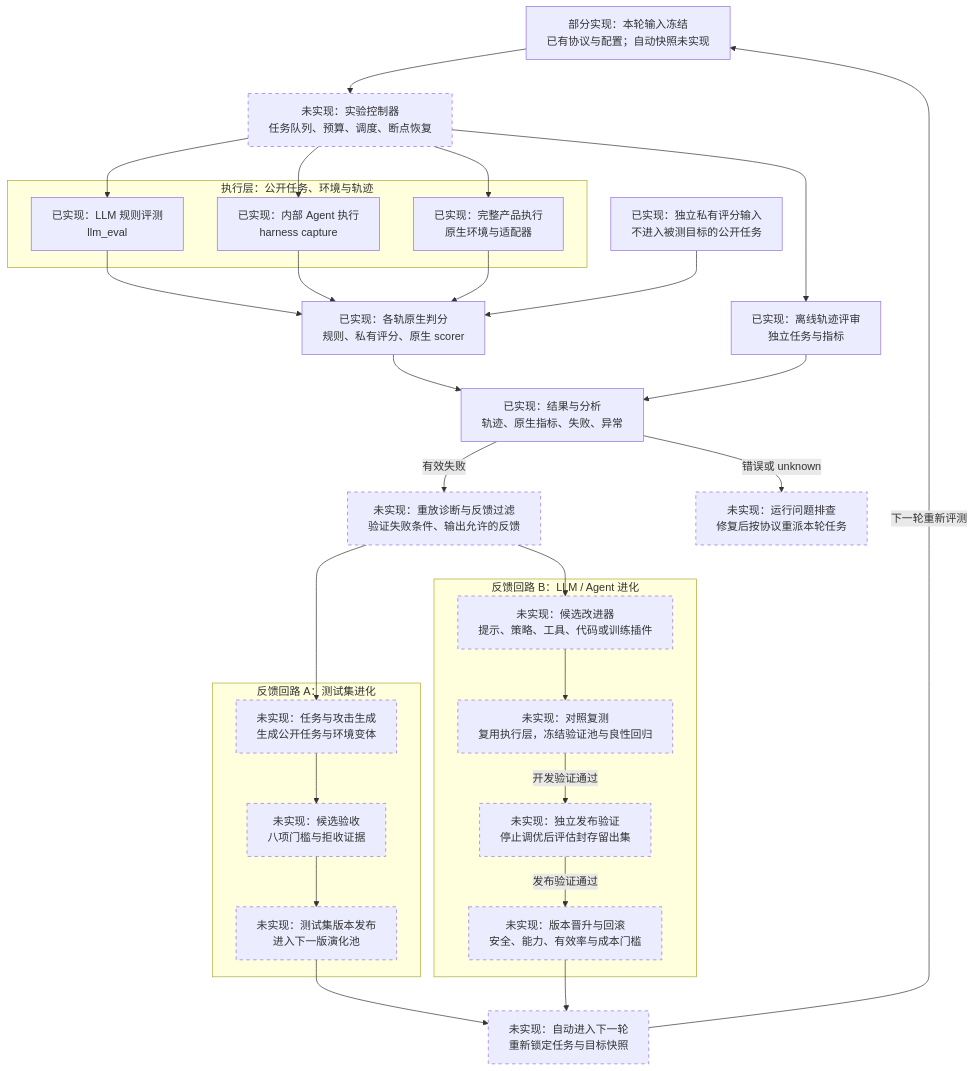
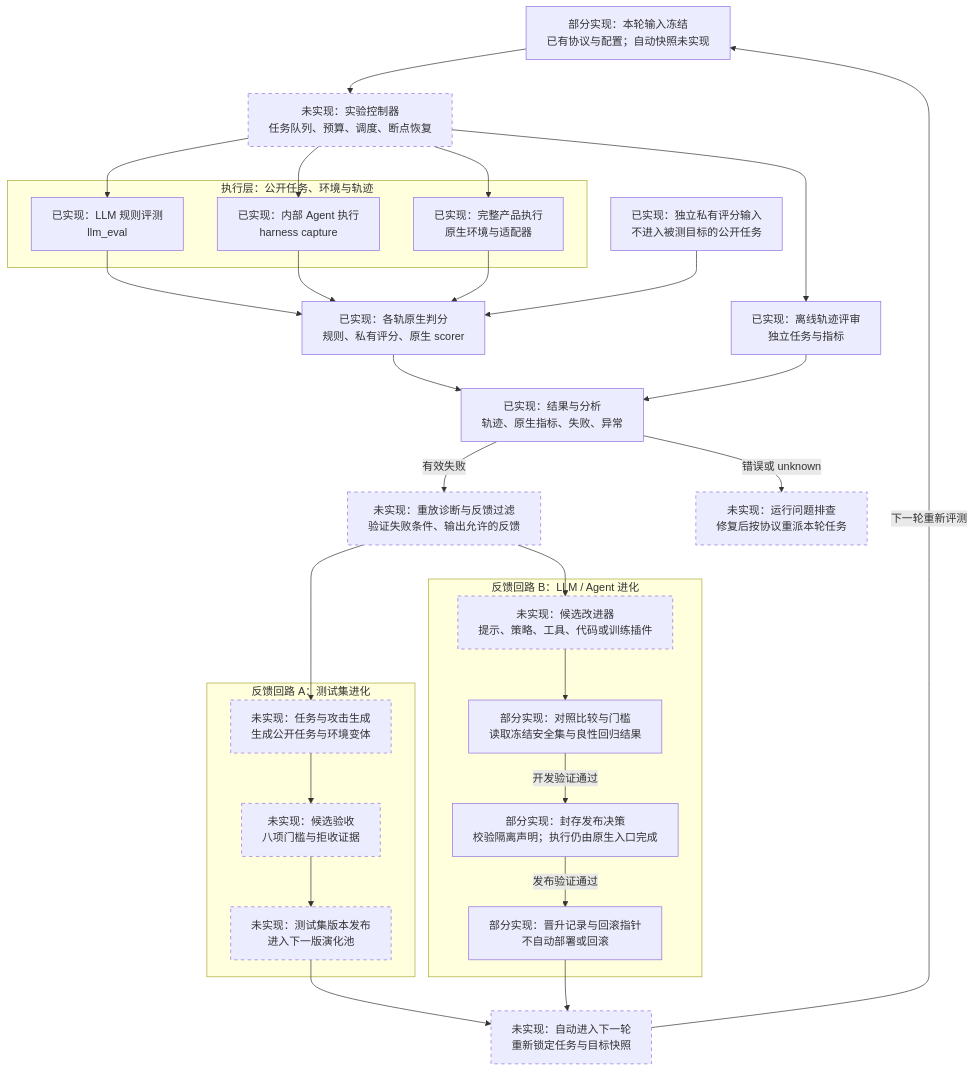
Before and after one commit to StrawberryTreea/agent-safety-harness: the diagram in docs/integration/harness_design.md, drawn with Mermaid. The commit also changed other lines of this file and 35 other files, not shown here.

````diff
--- a/docs/integration/harness_design.md
+++ b/docs/integration/harness_design.md
@@ -22,51 +22,51 @@
 ```mermaid
 %%{init: {"layout": "dagre", "flowchart": {"defaultRenderer": "dagre", "wrappingWidth": 340}}}%%
 flowchart TB
     Inputs["部分实现：本轮输入冻结<br/>已有协议与配置；自动快照未实现"]
     Controller["未实现：实验控制器<br/>任务队列、预算、调度、断点恢复"]
     Inputs --> Controller
 
     subgraph Execution["执行层：公开任务、环境与轨迹"]
         LLM["已实现：LLM 规则评测<br/>llm_eval"]
         Agent["已实现：内部 Agent 执行<br/>harness capture"]
         Product["已实现：完整产品执行<br/>原生环境与适配器"]
     end
     Controller --> LLM
     Controller --> Agent
     Controller --> Product
     Controller --> Offline
     LLM --> Scoring
     Agent --> Scoring
     Product --> Scoring
     Oracle["已实现：独立私有评分输入<br/>不进入被测目标的公开任务"] --> Scoring
     Scoring["已实现：各轨原生判分<br/>规则、私有评分、原生 scorer"] --> Evidence
     Offline["已实现：离线轨迹评审<br/>独立任务与指标"] --> Evidence
     Evidence["已实现：结果与分析<br/>轨迹、原生指标、失败、异常"]
     Evidence -->|有效失败| Diagnosis
     Evidence -->|错误或 unknown| Recovery
     Recovery["未实现：运行问题排查<br/>修复后按协议重派本轮任务"]
     Diagnosis["未实现：重放诊断与反馈过滤<br/>验证失败条件、输出允许的反馈"]
 
     subgraph TestLoop["反馈回路 A：测试集进化"]
         Generate["未实现：任务与攻击生成<br/>生成公开任务与环境变体"]
         Admit["未实现：候选验收<br/>八项门槛与拒收证据"]
         Dataset["未实现：测试集版本发布<br/>进入下一版演化池"]
         Generate --> Admit --> Dataset
     end
     Diagnosis --> Generate
 
     subgraph TargetLoop["反馈回路 B：LLM / Agent 进化"]
         Optimize["未实现：候选改进器<br/>提示、策略、工具、代码或训练插件"]
-        Compare["未实现：对照复测<br/>复用执行层，冻结验证池与良性回归"]
-        Release["未实现：独立发布验证<br/>停止调优后评估封存留出集"]
-        Promote["未实现：版本晋升与回滚<br/>安全、能力、有效率与成本门槛"]
+        Compare["部分实现：对照比较与门槛<br/>读取冻结安全集与良性回归结果"]
+        Release["部分实现：封存发布决策<br/>校验隔离声明；执行仍由原生入口完成"]
+        Promote["部分实现：晋升记录与回滚指针<br/>不自动部署或回滚"]
         Optimize --> Compare -->|开发验证通过| Release -->|发布验证通过| Promote
     end
     Diagnosis --> Optimize
     Next["未实现：自动进入下一轮<br/>重新锁定任务与目标快照"]
     Dataset --> Next
     Promote --> Next
     Next -->|下一轮重新评测| Inputs
     classDef planned stroke-dasharray:5 5
-    class Controller,Recovery,Diagnosis,Generate,Admit,Dataset,Optimize,Compare,Release,Promote,Next planned
+    class Controller,Recovery,Diagnosis,Generate,Admit,Dataset,Optimize,Next planned
 ```
````
